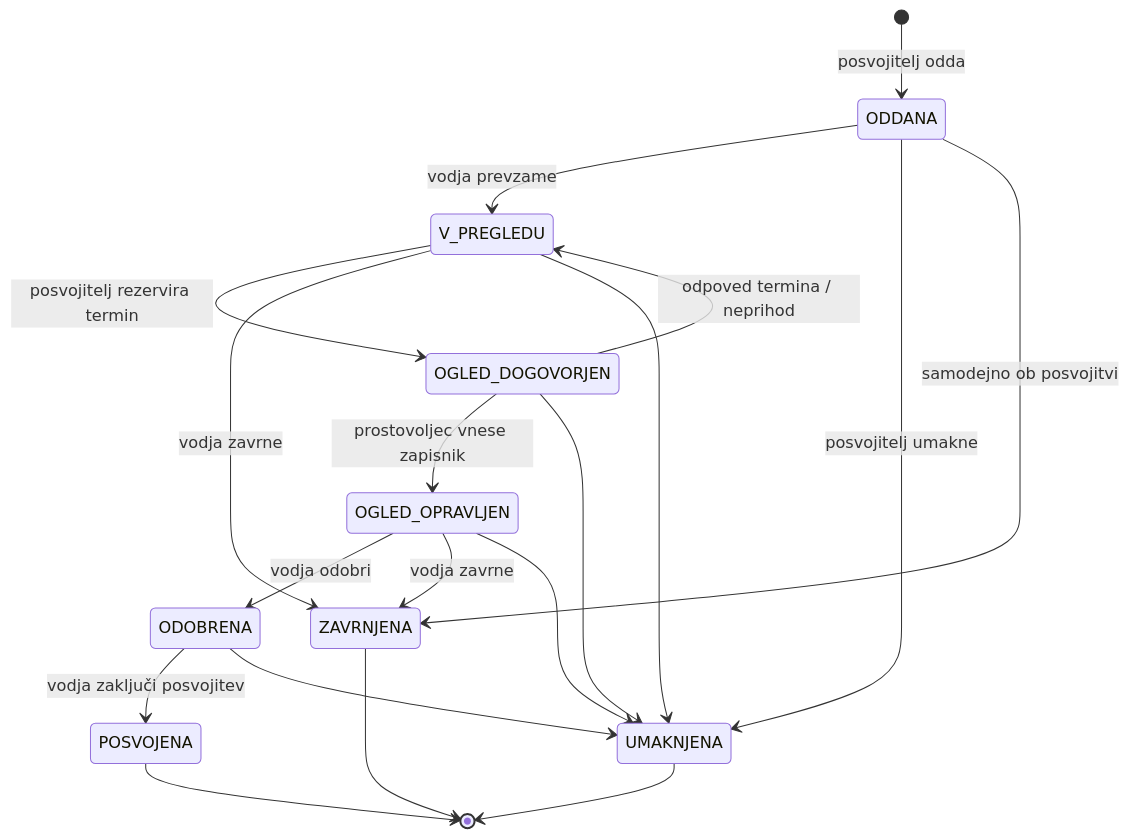
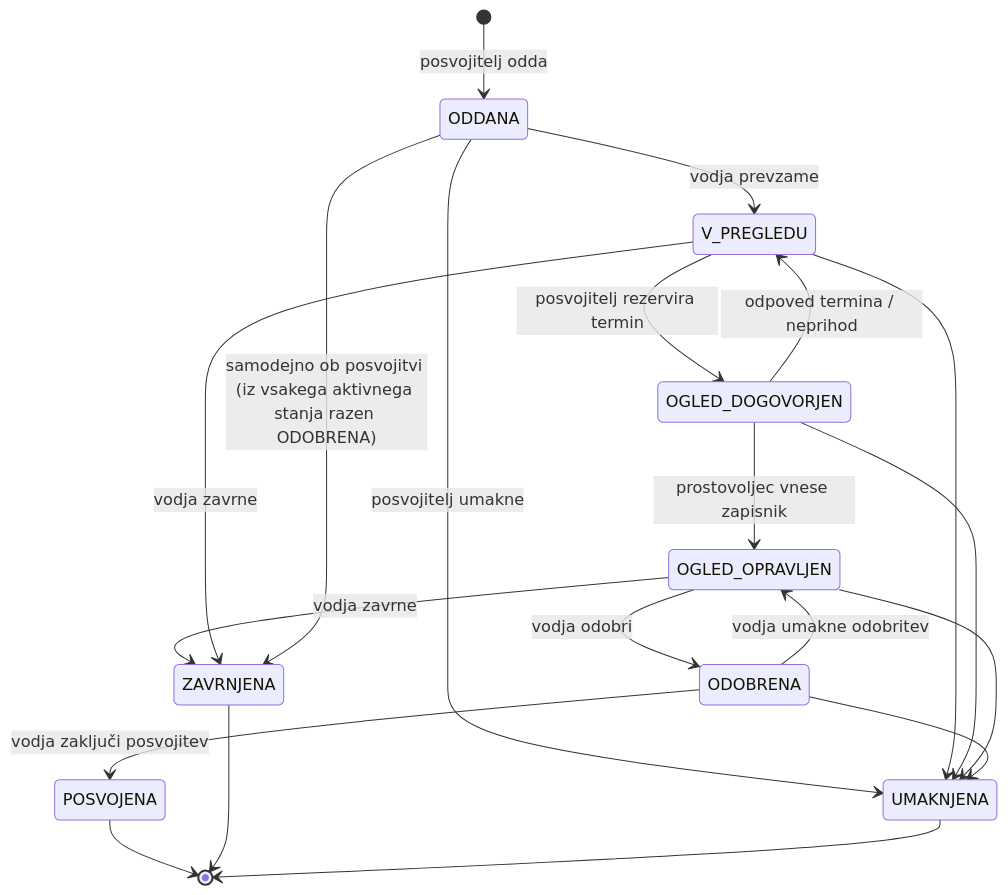
Before and after one commit to MaticTheCoder/NoviDom: the diagram in docs/02-funkcionalnosti-in-obseg.md, drawn with Mermaid. The commit also changed other lines of this file and 5 other files, not shown here.

````diff
--- a/docs/02-funkcionalnosti-in-obseg.md
+++ b/docs/02-funkcionalnosti-in-obseg.md
@@ -151,21 +151,22 @@
 ```mermaid
 stateDiagram-v2
     [*] --> ODDANA: posvojitelj odda
     ODDANA --> V_PREGLEDU: vodja prevzame
     V_PREGLEDU --> OGLED_DOGOVORJEN: posvojitelj rezervira termin
     OGLED_DOGOVORJEN --> V_PREGLEDU: odpoved termina / neprihod
     OGLED_DOGOVORJEN --> OGLED_OPRAVLJEN: prostovoljec vnese zapisnik
     OGLED_OPRAVLJEN --> ODOBRENA: vodja odobri
+    ODOBRENA --> OGLED_OPRAVLJEN: vodja umakne odobritev
     OGLED_OPRAVLJEN --> ZAVRNJENA: vodja zavrne
     V_PREGLEDU --> ZAVRNJENA: vodja zavrne
     ODOBRENA --> POSVOJENA: vodja zaključi posvojitev
     ODDANA --> UMAKNJENA: posvojitelj umakne
     V_PREGLEDU --> UMAKNJENA
     OGLED_DOGOVORJEN --> UMAKNJENA
     OGLED_OPRAVLJEN --> UMAKNJENA
     ODOBRENA --> UMAKNJENA
-    ODDANA --> ZAVRNJENA: samodejno ob posvojitvi
+    ODDANA --> ZAVRNJENA: samodejno ob posvojitvi (iz vsakega aktivnega stanja razen ODOBRENA)
     POSVOJENA --> [*]
     ZAVRNJENA --> [*]
     UMAKNJENA --> [*]
 ```
````
